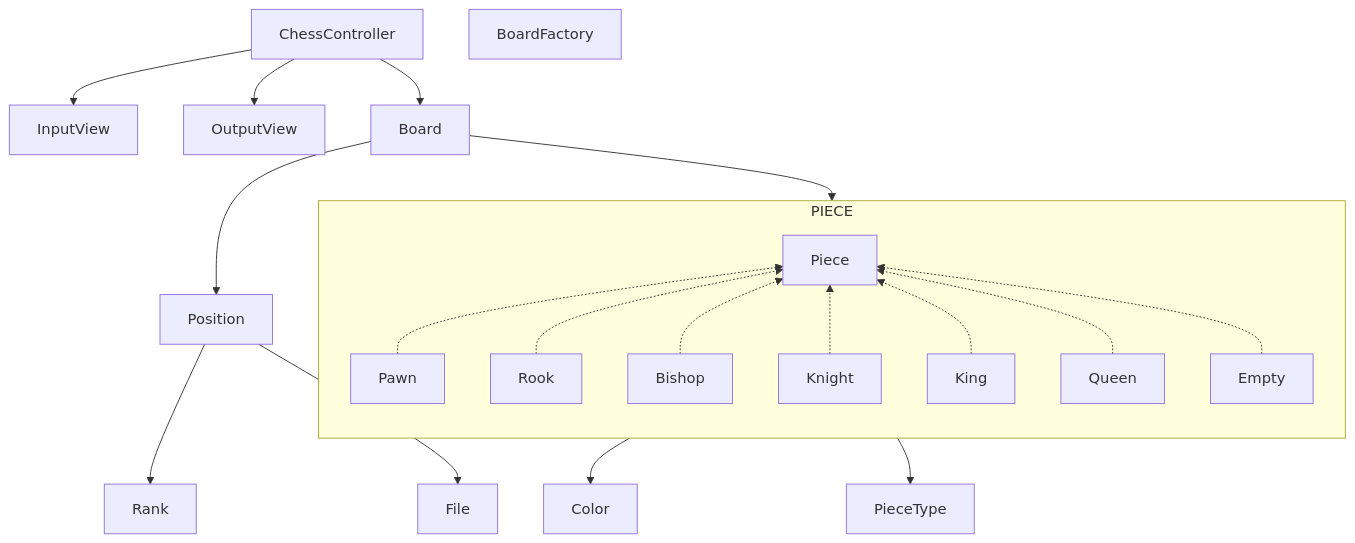
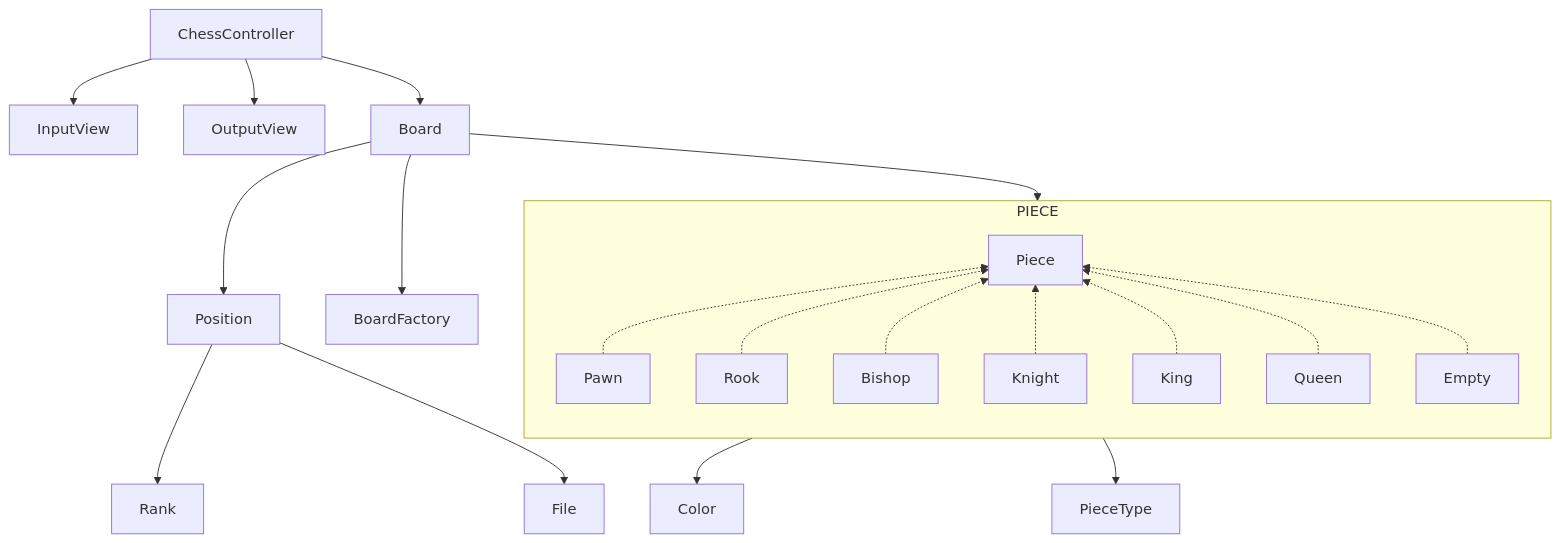
One commit to woowacourse/java-chess changed the diagram in README.md. Above: the diagram before and after it, drawn with Mermaid.

Commit message:
docs: READMD.md 업데이트

````diff
--- a/README.md
+++ b/README.md
@@ -44,28 +44,28 @@
 ```mermaid
 graph TD
     ChessController --> InputView
     ChessController --> OutputView
 
     ChessController --> Board
     
-    BoardFactory
+    Board --> BoardFactory
 
     Position --> Rank
     Position --> File
 
     Board --> Position
     Board --> PIECE
     PIECE --> Color
     PIECE --> PieceType
 
     subgraph PIECE
         direction BT
         Pawn -.-> Piece
         Rook -.-> Piece
         Bishop -.-> Piece
         Knight -.-> Piece
         King -.-> Piece
         Queen -.-> Piece
         Empty -.-> Piece
     end
 ```
````
